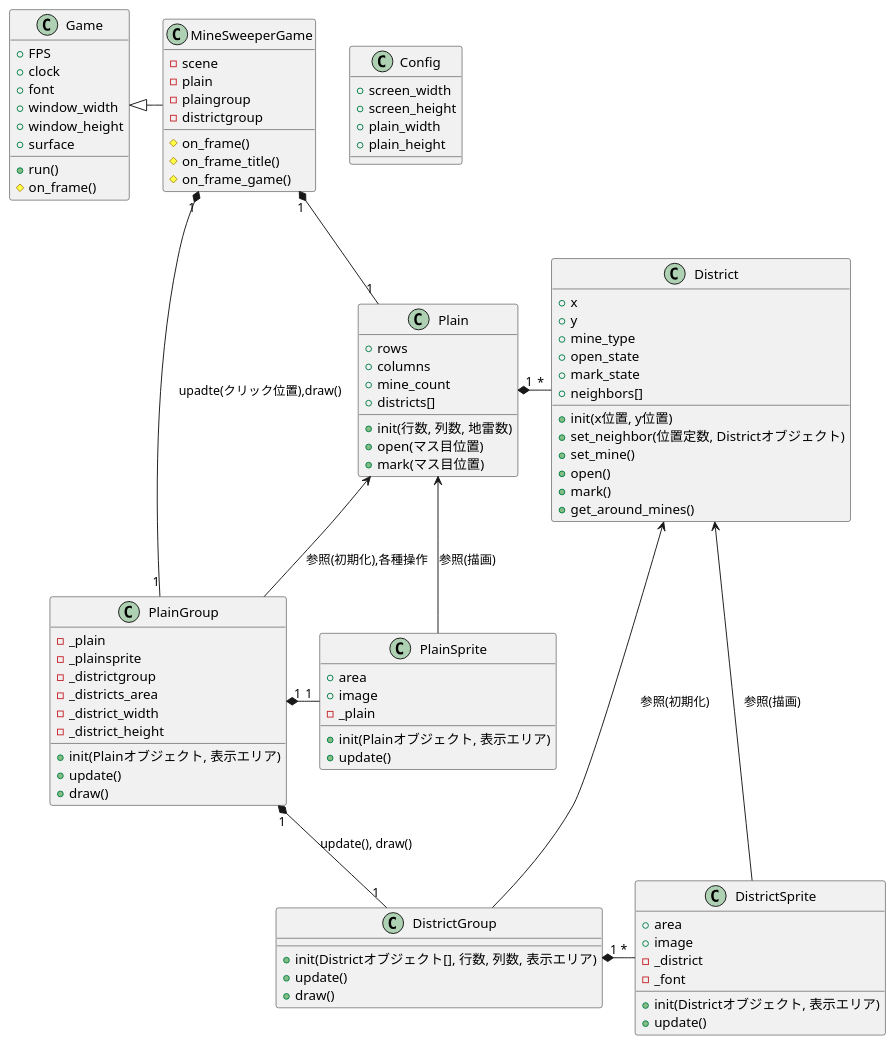
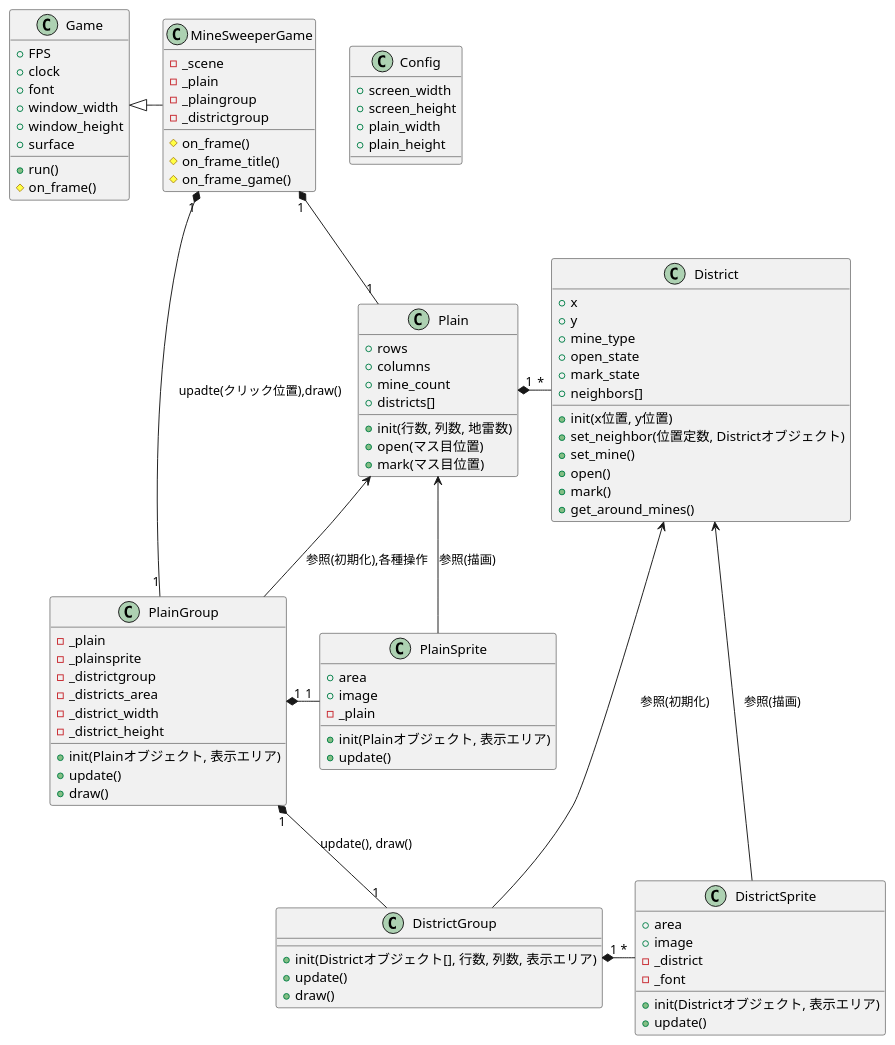
One commit to ooishiisao/pygame_game changed the diagram in mine_sweeper/mine_sweeper.md. Above: the diagram before and after it, drawn with PlantUML. The commit also changed 1 other file, not shown here.

Commit message:
GameOver追加

```diff
--- a/mine_sweeper/mine_sweeper.md
+++ b/mine_sweeper/mine_sweeper.md
@@ -18,10 +18,10 @@
 
 class MineSweeperGame
 {
-    - scene
-    - plain
-    - plaingroup
-    - districtgroup
+    - _scene
+    - _plain
+    - _plaingroup
+    - _districtgroup
 
     # on_frame()
     # on_frame_title()
```
